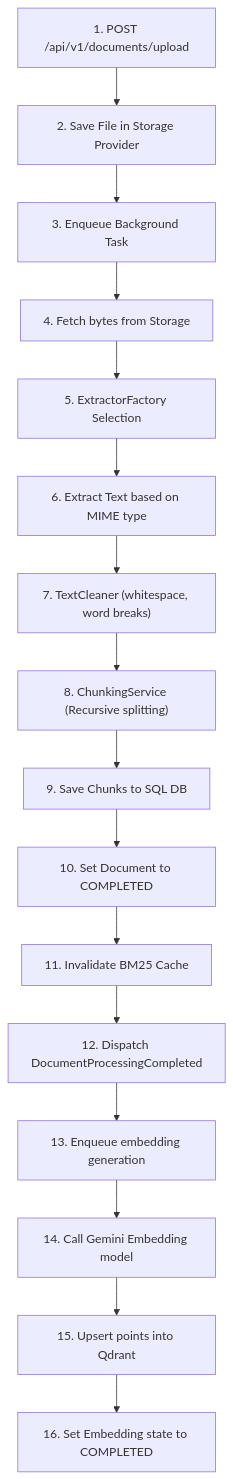
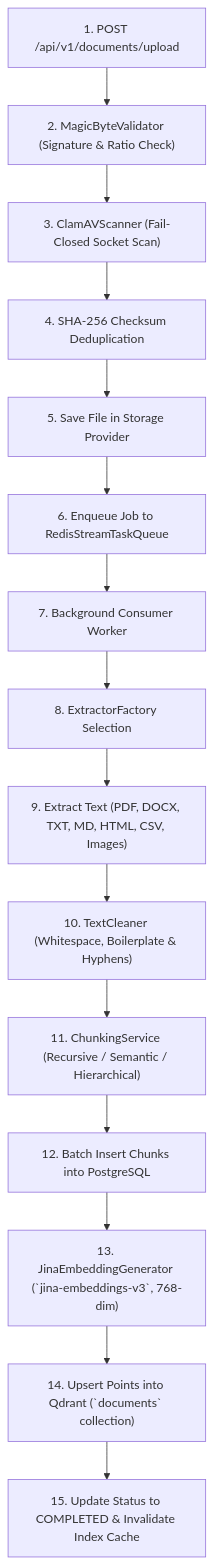
Before and after one commit to Satya-Naraharisetty/FusionRAG: the third of 4 diagrams in reverse_engineering.md, drawn with Mermaid. The commit also changed other lines of this file and 6 other files, not shown here.

````diff
--- a/reverse_engineering.md
+++ b/reverse_engineering.md
@@ -234,18 +255,17 @@
 ```mermaid
 flowchart TD
-    Upload["1. POST /api/v1/documents/upload"] --> SaveFile["2. Save File in Storage Provider"]
-    SaveFile --> JobQueue["3. Enqueue Background Task"]
-    JobQueue --> GetBytes["4. Fetch bytes from Storage"]
-    GetBytes --> Factory["5. ExtractorFactory Selection"]
-    Factory --> Text["6. Extract Text based on MIME type"]
-    Text --> Clean["7. TextCleaner (whitespace, word breaks)"]
-    Clean --> Chunk["8. ChunkingService (Recursive splitting)"]
-    Chunk --> SaveDB["9. Save Chunks to SQL DB"]
-    SaveDB --> Complete["10. Set Document to COMPLETED"]
-    Complete --> ClearCache["11. Invalidate BM25 Cache"]
-    ClearCache --> Event["12. Dispatch DocumentProcessingCompleted"]
-    Event --> GenerateEmb["13. Enqueue embedding generation"]
-    GenerateEmb --> Embedder["14. Call Gemini Embedding model"]
-    Embedder --> Qdrant["15. Upsert points into Qdrant"]
-    Qdrant --> Status["16. Set Embedding state to COMPLETED"]
+    Upload["1. POST /api/v1/documents/upload"] --> Magic["2. MagicByteValidator (Signature & Ratio Check)"]
+    Magic --> Malware["3. ClamAVScanner (Fail-Closed Socket Scan)"]
+    Malware --> Checksum["4. SHA-256 Checksum Deduplication"]
+    Checksum --> SaveFile["5. Save File in Storage Provider"]
+    SaveFile --> JobQueue["6. Enqueue Job to RedisStreamTaskQueue"]
+    JobQueue --> Worker["7. Background Consumer Worker"]
+    Worker --> Extractor["8. ExtractorFactory Selection"]
+    Extractor --> Text["9. Extract Text (PDF, DOCX, TXT, MD, HTML, CSV, Images)"]
+    Text --> Clean["10. TextCleaner (Whitespace, Boilerplate & Hyphens)"]
+    Clean --> Chunk["11. ChunkingService (Recursive / Semantic / Hierarchical)"]
+    Chunk --> SaveDB["12. Batch Insert Chunks into PostgreSQL"]
+    SaveDB --> BatchEmbed["13. JinaEmbeddingGenerator (`jina-embeddings-v3`, 768-dim)"]
+    BatchEmbed --> UpsertQdrant["14. Upsert Points into Qdrant (`documents` collection)"]
+    UpsertQdrant --> Complete["15. Update Status to COMPLETED & Invalidate Index Cache"]
 ```
````
